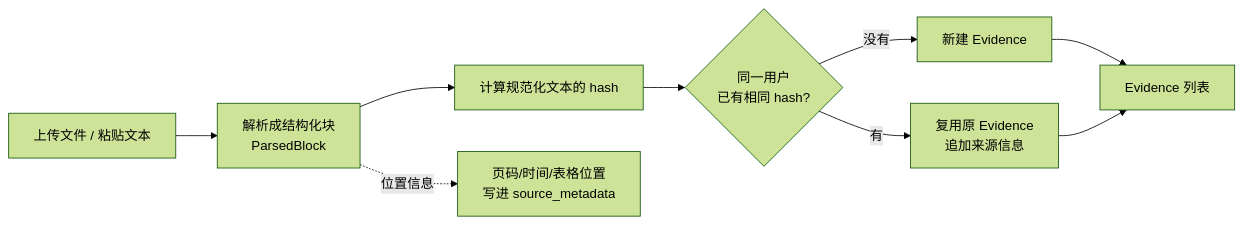
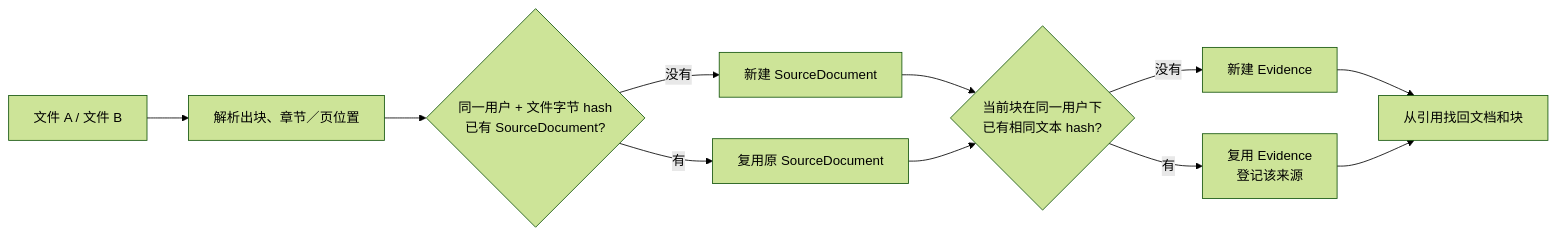
Before and after one commit to wenmo-yu/careerlens: the diagram in tutorials/03-parsing.md, drawn with Mermaid (forest theme). The commit also changed other lines of this file and 28 other files, not shown here.

````diff
--- a/tutorials/03-parsing.md
+++ b/tutorials/03-parsing.md
@@ -18,11 +18,13 @@
 ```mermaid
 flowchart LR
-    F[上传文件 / 粘贴文本] --> P[解析成结构化块<br/>ParsedBlock]
-    P --> C[计算规范化文本的 hash]
-    C --> D{同一用户<br/>已有相同 hash?}
-    D -->|没有| N[新建 Evidence]
-    D -->|有| U[复用原 Evidence<br/>追加来源信息]
-    N --> OUT[Evidence 列表]
-    U --> OUT
-    P -.位置信息.-> M[页码/时间/表格位置<br/>写进 source_metadata]
+    F["文件 A / 文件 B"] --> P["解析出块、章节／页位置"]
+    P --> S{"同一用户 + 文件字节 hash<br/>已有 SourceDocument?"}
+    S -->|没有| NS["新建 SourceDocument"]
+    S -->|有| RE["复用原 SourceDocument"]
+    NS --> D{"当前块在同一用户下<br/>已有相同文本 hash?"}
+    RE --> D
+    D -->|没有| N["新建 Evidence"]
+    D -->|有| U["复用 Evidence<br/>登记该来源"]
+    N --> G["从引用找回文档和块"]
+    U --> G
 ```
````
